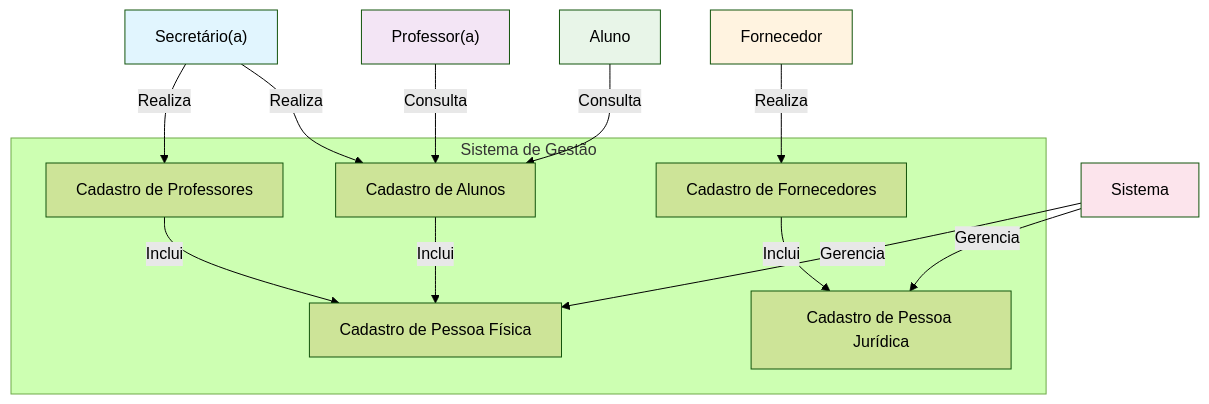
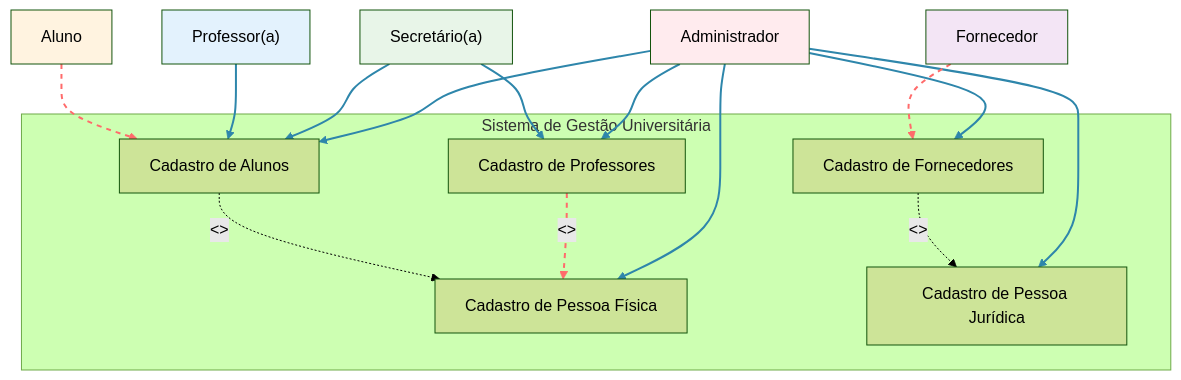
The first of 2 diagrams in README.md (Raelmat/pti-gestao-dados), drawn with Mermaid (forest theme) before and after one commit. The commit also changed other lines of this file, not shown here.

Commit message:
Ajustes no Diagrama Casos de Uso
Updated the use case diagram styles and added new relationships for the Administrator role.

````diff
--- a/README.md
+++ b/README.md
@@ -40,32 +40,39 @@
 ```mermaid
 graph TD
-    style Secretario fill:#e1f5fe
-    style Professor fill:#f3e5f5
-    style Aluno fill:#e8f5e8
-    style Fornecedor fill:#fff3e0
-    style Sistema fill:#fce4ec
+    style Administrador fill:#ffebee
+    style Secretario fill:#e8f5e8
+    style Professor fill:#e3f2fd
+    style Aluno fill:#fff3e0
+    style Fornecedor fill:#f3e5f5
     
-    Secretario["Secretário(a)"] -->|Realiza| CadastroProfessores
-    Secretario -->|Realiza| CadastroAlunos
+    Administrador["Administrador"] --> CadastroProfessores
+    Administrador --> CadastroAlunos
+    Administrador --> CadastroFornecedores
+    Administrador --> CadastroPF
+    Administrador --> CadastroPJ
     
-    Professor["Professor(a)"] -->|Consulta| CadastroAlunos
+    Secretario["Secretário(a)"] --> CadastroProfessores
+    Secretario --> CadastroAlunos
     
-    Aluno["Aluno"] -->|Consulta| CadastroAlunos
+    Professor["Professor(a)"] --> CadastroAlunos
     
-    Fornecedor["Fornecedor"] -->|Realiza| CadastroFornecedores
+    Aluno["Aluno"] --> CadastroAlunos
     
-    Sistema["Sistema"] -->|Gerencia| CadastroPF
-    Sistema -->|Gerencia| CadastroPJ
+    Fornecedor["Fornecedor"] --> CadastroFornecedores
     
-    CadastroProfessores -->|Inclui| CadastroPF
-    CadastroAlunos -->|Inclui| CadastroPF
-    CadastroFornecedores -->|Inclui| CadastroPJ
+    CadastroProfessores -.->|<<include>>| CadastroPF
+    CadastroAlunos -.->|<<include>>| CadastroPF
+    CadastroFornecedores -.->|<<include>>| CadastroPJ
     
-    subgraph "Sistema de Gestão"
+    subgraph "Sistema de Gestão Universitária"
         CadastroPF["Cadastro de Pessoa Física"]
         CadastroPJ["Cadastro de Pessoa Jurídica"]
         CadastroProfessores["Cadastro de Professores"]
         CadastroAlunos["Cadastro de Alunos"]
         CadastroFornecedores["Cadastro de Fornecedores"]
     end
+    
+    %% Estilo das setas
+    linkStyle 8,9,10 stroke:#ff6b6b,stroke-width:2px,stroke-dasharray: 5 5
+    linkStyle 0,1,2,3,4,5,6,7 stroke:#2e86ab,stroke-width:2px
 ```
````
